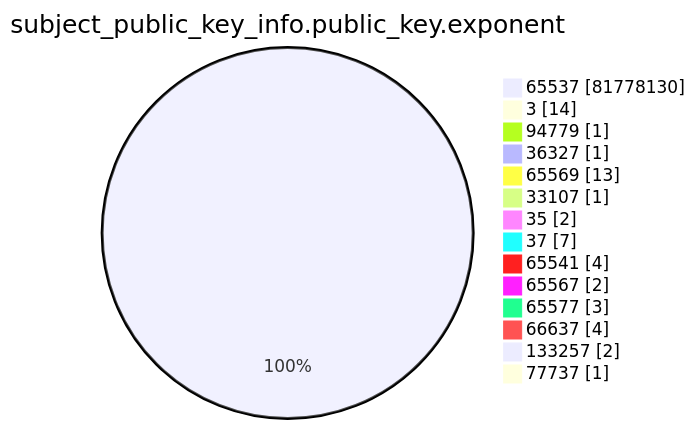
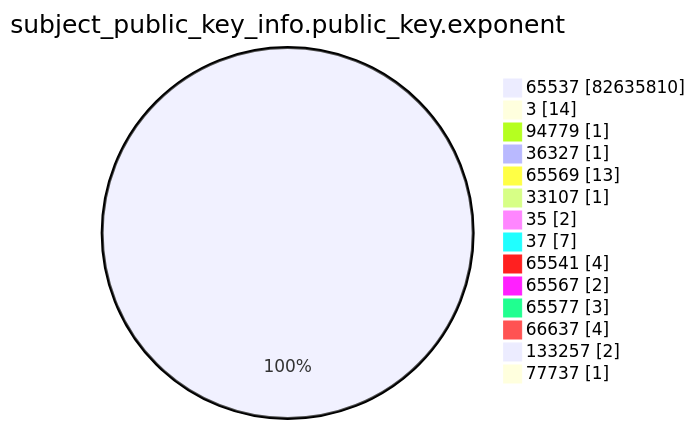
One commit to christiankrug/ctmonitor_visualization changed the fourth of 15 diagrams in argon2023/README.md. Above: the diagram before and after it, drawn with Mermaid. The commit also changed other lines of this file, not shown here.

````diff
--- a/argon2023/README.md
+++ b/argon2023/README.md
@@ -1243,18 +1245,18 @@
 ```mermaid
 pie showData
 title subject_public_key_info.public_key.exponent
-"65537" :81778130
+"65537" :82635810
 "3" :14
 "94779" :1
 "36327" :1
 "65569" :13
 "33107" :1
 "35" :2
 "37" :7
 "65541" :4
 "65567" :2
 "65577" :3
 "66637" :4
 "133257" :2
 "77737" :1
 ```
````
